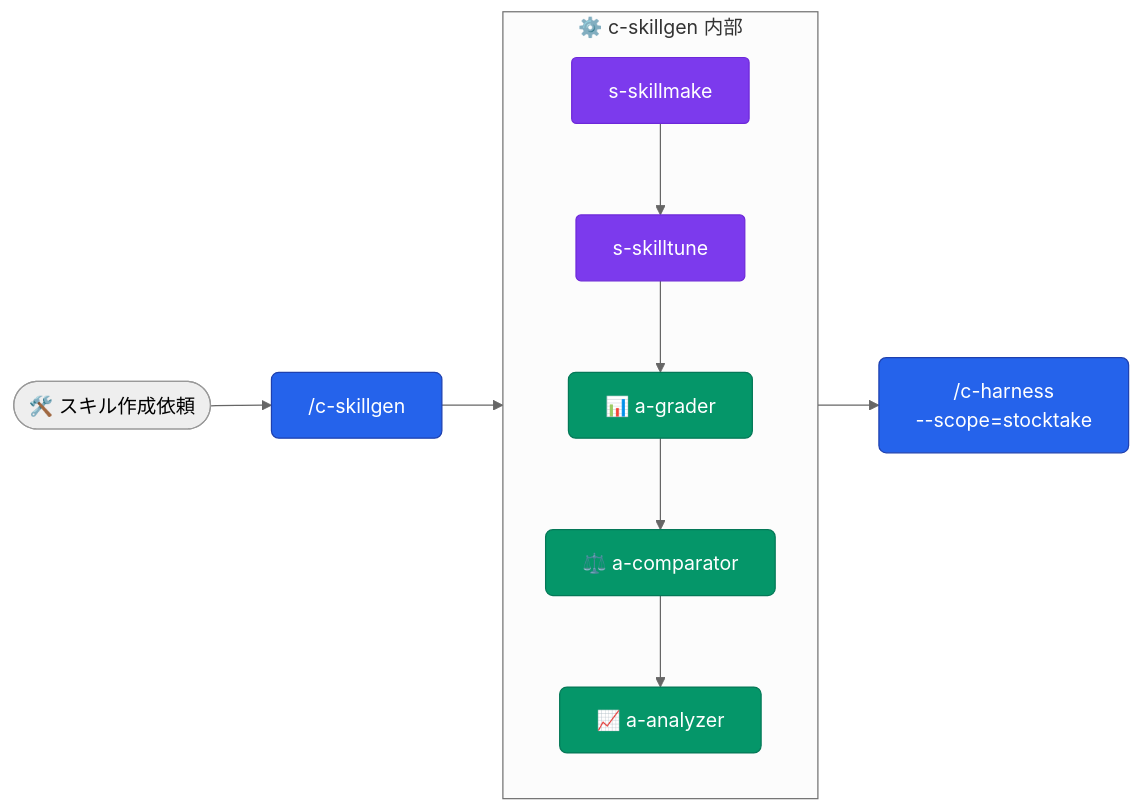
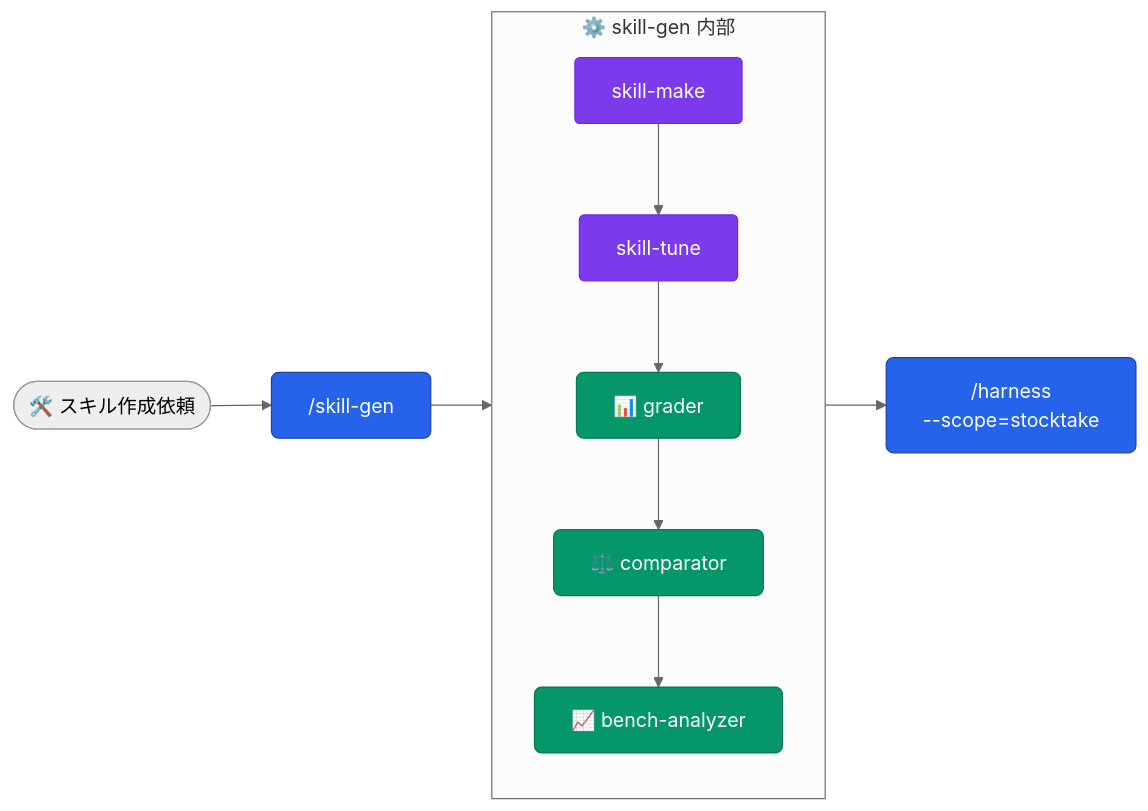
Before and after one commit to aokumablue/claq: the sixth of 12 diagrams in plugins/deepblue/README.md, drawn with Mermaid (neutral theme). The commit also changed other lines of this file and 125 other files, not shown here.

````diff
--- a/plugins/deepblue/README.md
+++ b/plugins/deepblue/README.md
@@ -157,19 +157,19 @@
 ```mermaid
 flowchart LR
   classDef cmd    fill:#2563eb,stroke:#1e40af,color:#fff,rx:6
   classDef agent  fill:#059669,stroke:#047857,color:#fff,rx:6
   classDef skill  fill:#7c3aed,stroke:#6d28d9,color:#fff,rx:4
 
-  U(["🛠️ スキル作成依頼"]) --> CSG["/c-skillgen"]:::cmd
+  U(["🛠️ スキル作成依頼"]) --> CSG["/skill-gen"]:::cmd
 
-  subgraph skillgen["⚙️ c-skillgen 内部"]
+  subgraph skillgen["⚙️ skill-gen 内部"]
     direction TB
-    SM["s-skillmake"]:::skill --> ST["s-skilltune"]:::skill
-    ST --> AG["📊 a-grader"]:::agent
-    AG --> AC["⚖️ a-comparator"]:::agent
-    AC --> AA["📈 a-analyzer"]:::agent
+    SM["skill-make"]:::skill --> ST["skill-tune"]:::skill
+    ST --> AG["📊 grader"]:::agent
+    AG --> AC["⚖️ comparator"]:::agent
+    AC --> AA["📈 bench-analyzer"]:::agent
   end
 
   CSG --> skillgen
-  skillgen --> CH["/c-harness\n--scope=stocktake"]:::cmd
+  skillgen --> CH["/harness\n--scope=stocktake"]:::cmd
 ```
````
